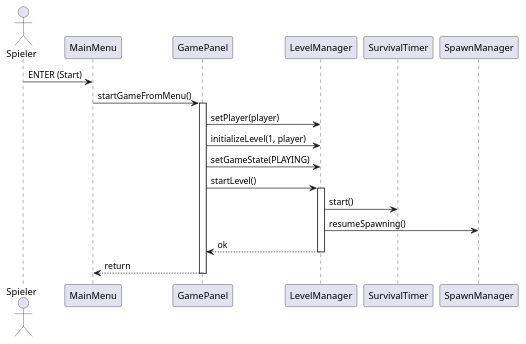
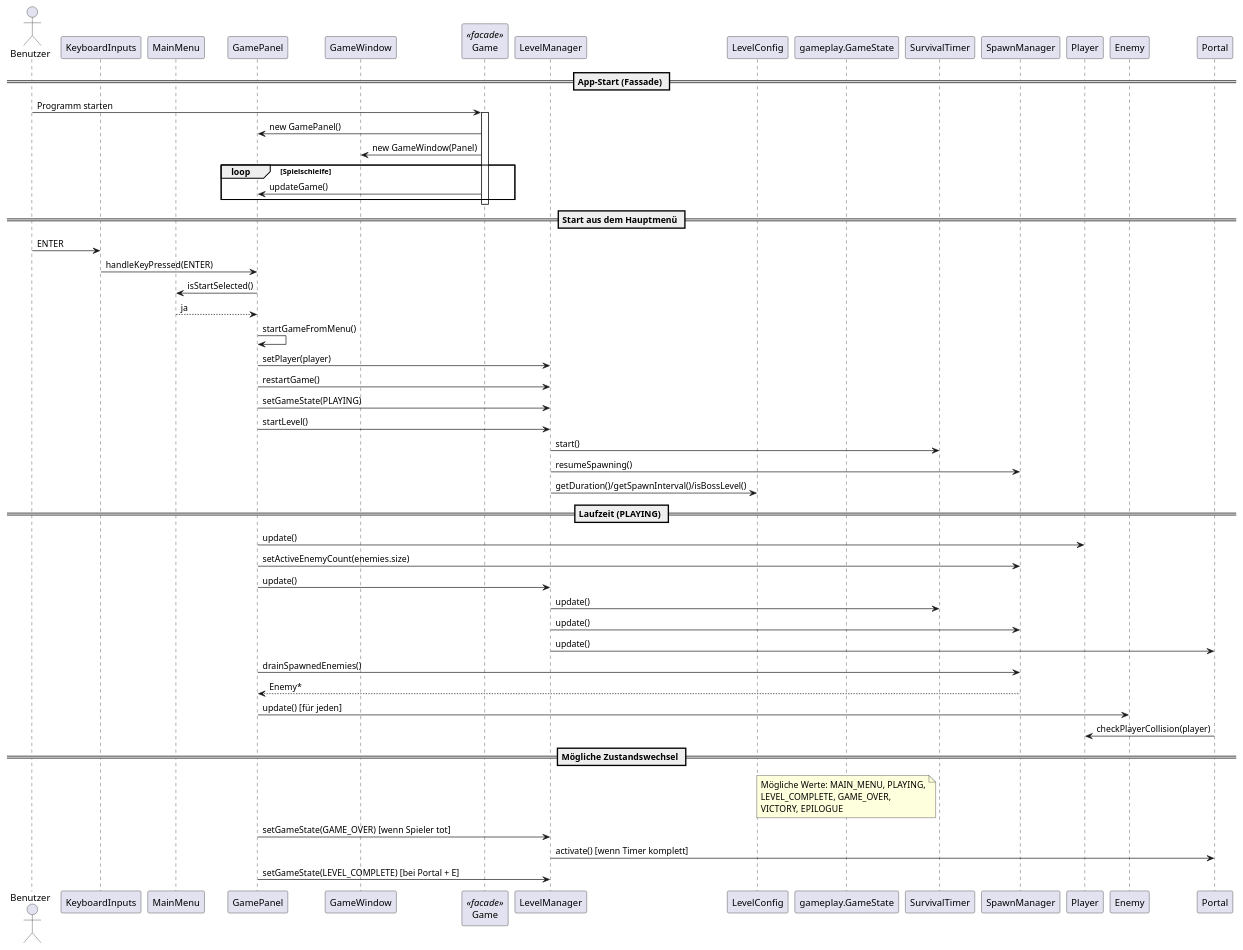
One commit to Karim-Termanini/DataKeeper-Semester3 changed the diagram in DataKeeper/docs/uml/sequence-start-game-simple.puml. Above: the diagram before and after it, drawn with PlantUML. The commit also changed 7 other files, not shown here.

```diff
--- a/DataKeeper/docs/uml/sequence-start-game-simple.puml
+++ b/DataKeeper/docs/uml/sequence-start-game-simple.puml
@@ -1,26 +1,65 @@
-@startuml SequenceStartGameSimple
-' Simplified sequence: Spieler startet Spiel من القائمة
+@startuml
+' Vereinfachtes Sequenzdiagramm: alle Klassen aus dem Klassendiagramm, ohne Boss, mit deutschen Abschnitten
 
-actor Spieler as Player
+actor Benutzer as User
+participant KeyboardInputs as Inputs
 participant MainMenu
-participant GamePanel
-participant LevelManager
+participant GamePanel as Panel
+participant GameWindow as Fenster
+participant Game <<facade>>
+participant LevelManager as Manager
+participant LevelConfig as Config
+participant gameplay.GameState as Zustand
 participant SurvivalTimer as Timer
 participant SpawnManager as Spawner
+participant Player
+participant Enemy
+participant Portal
 
-Player -> MainMenu: ENTER (Start)
-MainMenu -> GamePanel: startGameFromMenu()
-activate GamePanel
-GamePanel -> LevelManager: setPlayer(player)
-GamePanel -> LevelManager: initializeLevel(1, player)
-GamePanel -> LevelManager: setGameState(PLAYING)
-GamePanel -> LevelManager: startLevel()
-activate LevelManager
-LevelManager -> Timer: start()
-LevelManager -> Spawner: resumeSpawning()
-LevelManager --> GamePanel: ok
-deactivate LevelManager
-GamePanel --> MainMenu: return
-deactivate GamePanel
+== App-Start (Fassade) ==
+User -> Game: Programm starten
+activate Game
+Game -> Panel: new GamePanel()
+Game -> Fenster: new GameWindow(Panel)
+loop Spielschleife
+	Game -> Panel: updateGame()
+end
+deactivate Game
+
+== Start aus dem Hauptmenü ==
+User -> Inputs: ENTER
+Inputs -> Panel: handleKeyPressed(ENTER)
+Panel -> MainMenu: isStartSelected()
+MainMenu --> Panel: ja
+Panel -> Panel: startGameFromMenu()
+Panel -> Manager: setPlayer(player)
+Panel -> Manager: restartGame()
+Panel -> Manager: setGameState(PLAYING)
+Panel -> Manager: startLevel()
+Manager -> Timer: start()
+Manager -> Spawner: resumeSpawning()
+Manager -> Config: getDuration()/getSpawnInterval()/isBossLevel()
+
+== Laufzeit (PLAYING) ==
+Panel -> Player: update()
+Panel -> Spawner: setActiveEnemyCount(enemies.size)
+Panel -> Manager: update()
+Manager -> Timer: update()
+Manager -> Spawner: update()
+Manager -> Portal: update()
+Panel -> Spawner: drainSpawnedEnemies()
+Spawner --> Panel: Enemy*
+Panel -> Enemy: update() [für jeden]
+Portal -> Player: checkPlayerCollision(player)
+
+== Mögliche Zustandswechsel ==
+note over Zustand
+Mögliche Werte: MAIN_MENU, PLAYING,
+LEVEL_COMPLETE, GAME_OVER,
+VICTORY, EPILOGUE
+end note
+Panel -> Manager: setGameState(GAME_OVER) [wenn Spieler tot]
+Manager -> Portal: activate() [wenn Timer komplett]
+Panel -> Manager: setGameState(LEVEL_COMPLETE) [bei Portal + E]
 
 @enduml
```
